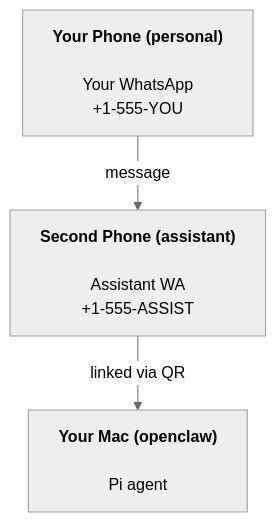
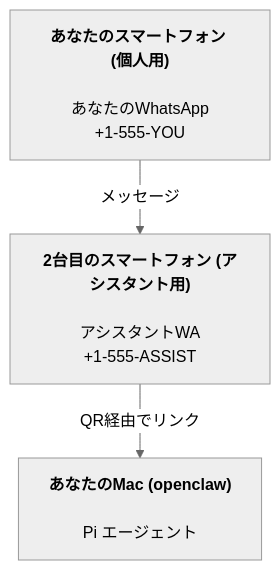
Before and after one commit to cabbagehao/openclawDoc: the diagram in docs/start/openclaw.md, drawn with Mermaid (neutral theme). The commit also changed other lines of this file and 706 other files, not shown here.

````diff
--- a/docs/start/openclaw.md
+++ b/docs/start/openclaw.md
@@ -36,5 +36,5 @@
 ```mermaid
 flowchart TB
-    A["<b>Your Phone (personal)<br></b><br>Your WhatsApp<br>+1-555-YOU"] -- message --> B["<b>Second Phone (assistant)<br></b><br>Assistant WA<br>+1-555-ASSIST"]
-    B -- linked via QR --> C["<b>Your Mac (openclaw)<br></b><br>Pi agent"]
+    A["<b>あなたのスマートフォン (個人用)<br></b><br>あなたのWhatsApp<br>+1-555-YOU"] -- メッセージ --> B["<b>2台目のスマートフォン (アシスタント用)<br></b><br>アシスタントWA<br>+1-555-ASSIST"]
+    B -- QR経由でリンク --> C["<b>あなたのMac (openclaw)<br></b><br>Pi エージェント"]
 ```
````
